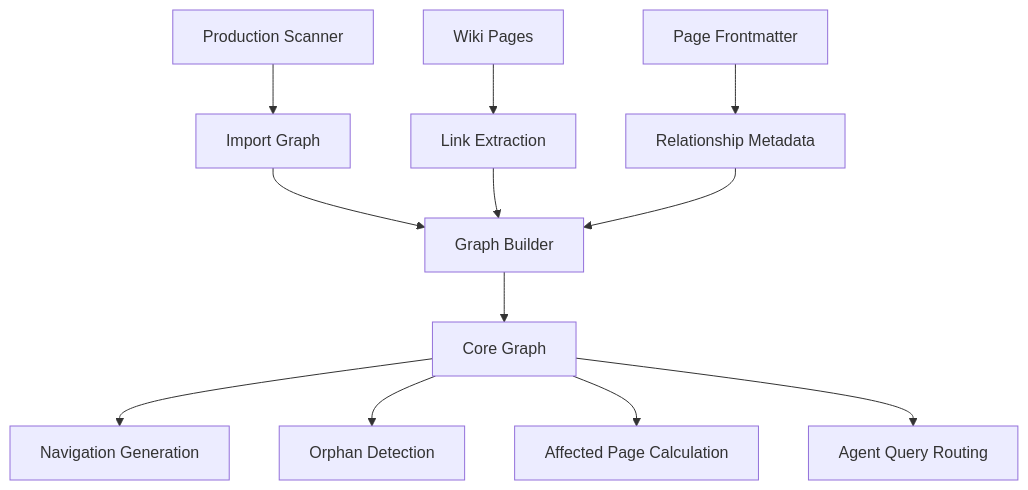
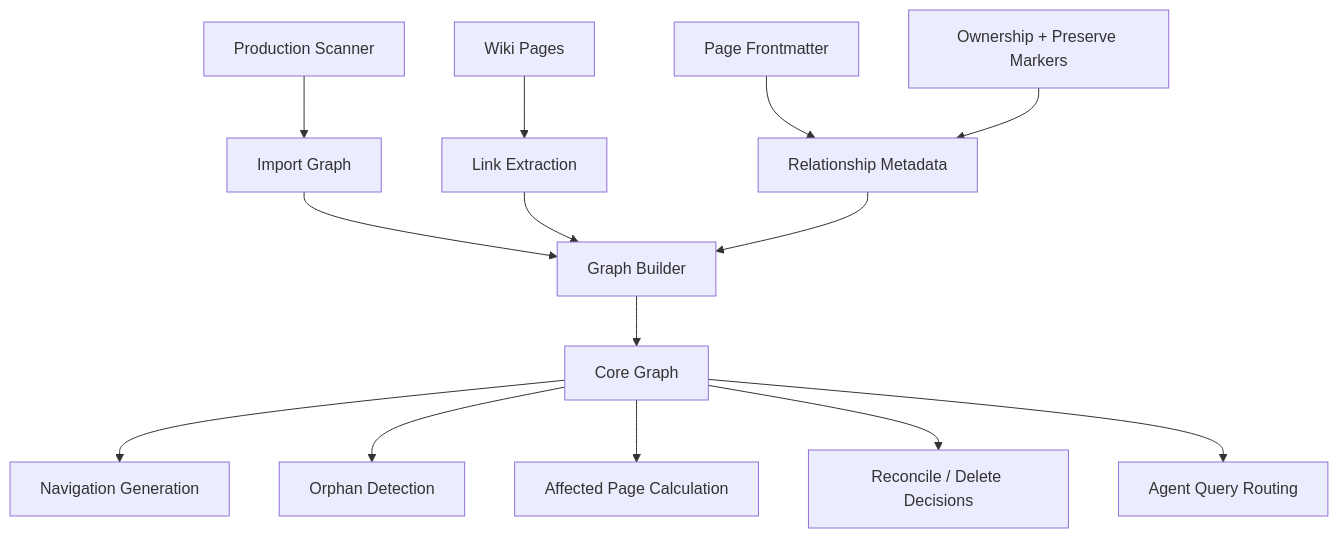
The second of 3 diagrams in docs/plans/wiki-graph/PLAN.md (mfittko/repo-wiki), drawn with Mermaid before and after one commit. The commit also changed other lines of this file and 35 other files, not shown here.

````diff
--- a/docs/plans/wiki-graph/PLAN.md
+++ b/docs/plans/wiki-graph/PLAN.md
@@ -37,16 +37,18 @@
 ```mermaid
 flowchart TD
   Scanner[Production Scanner] --> ImportGraph[Import Graph]
   WikiPages[Wiki Pages] --> LinkExtract[Link Extraction]
   Frontmatter[Page Frontmatter] --> Metadata[Relationship Metadata]
+  OwnershipMarkers[Ownership + Preserve Markers] --> Metadata
 
   ImportGraph --> GraphBuilder[Graph Builder]
   LinkExtract --> GraphBuilder
   Metadata --> GraphBuilder
 
   GraphBuilder --> CoreGraph[Core Graph]
   CoreGraph --> NavGen[Navigation Generation]
   CoreGraph --> OrphanDetect[Orphan Detection]
   CoreGraph --> AffectedCalc[Affected Page Calculation]
+  CoreGraph --> Reconcile[Reconcile / Delete Decisions]
   CoreGraph --> AgentQuery[Agent Query Routing]
 ```
````
